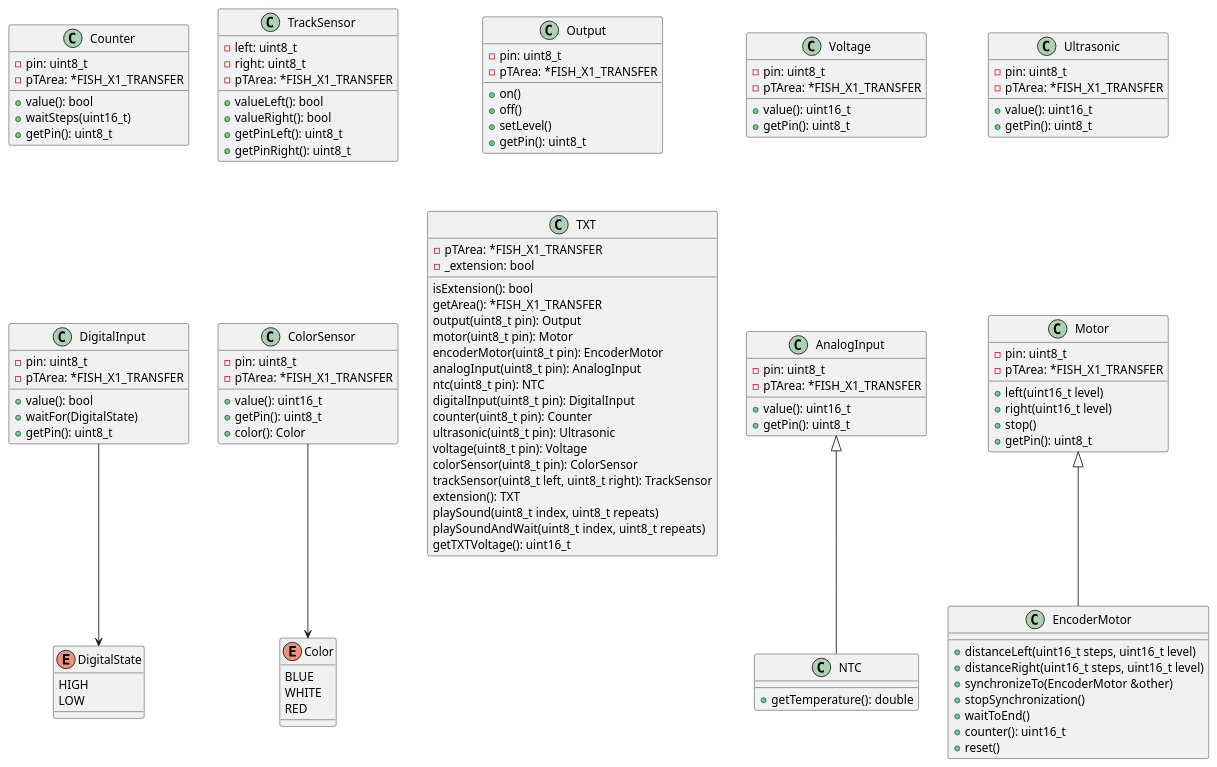
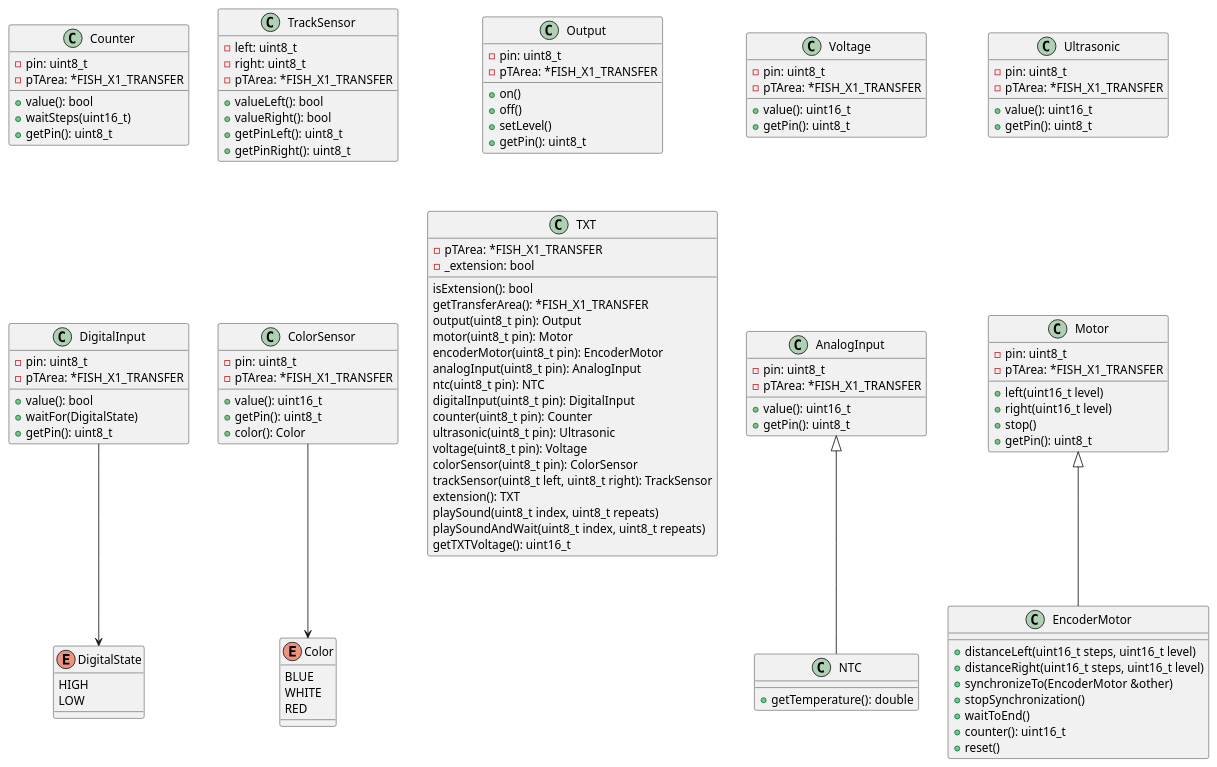
One commit to SchmidJoel/FischertechnikTXTApi changed the first of 2 diagrams in documentation/api.pu. Above: the diagram before and after it, drawn with PlantUML. The commit also changed 7 other files, not shown here.

Commit message:
modified gedArea() to getTransferArea()

```diff
--- a/documentation/api.pu
+++ b/documentation/api.pu
@@ -1,144 +1,144 @@
 @startuml low-level-api
 class Output {
     -pin: uint8_t
     -pTArea: *FISH_X1_TRANSFER
 
     +on()
     +off()
     +setLevel()
     +getPin(): uint8_t
 }
 
 class DigitalInput {
     -pin: uint8_t
     -pTArea: *FISH_X1_TRANSFER
 
     +value(): bool
     +waitFor(DigitalState)
     +getPin(): uint8_t
 }
 
 class Counter {
     -pin: uint8_t
     -pTArea: *FISH_X1_TRANSFER
 
     +value(): bool
     +waitSteps(uint16_t)
     +getPin(): uint8_t
 }
 
 class AnalogInput {
     -pin: uint8_t
     -pTArea: *FISH_X1_TRANSFER
 
     +value(): uint16_t
     +getPin(): uint8_t
 }
 
 class NTC {
     +getTemperature(): double
 }
 
 class Ultrasonic {
     -pin: uint8_t
     -pTArea: *FISH_X1_TRANSFER
 
     +value(): uint16_t
     +getPin(): uint8_t
 }
 
 class ColorSensor {
     -pin: uint8_t
     -pTArea: *FISH_X1_TRANSFER
 
     +value(): uint16_t
     +getPin(): uint8_t
     +color(): Color
 }
 
 class Voltage {
     -pin: uint8_t
     -pTArea: *FISH_X1_TRANSFER
 
     +value(): uint16_t
     +getPin(): uint8_t
 }
 
 class TrackSensor {
     -left: uint8_t
     -right: uint8_t
     -pTArea: *FISH_X1_TRANSFER
 
     +valueLeft(): bool
     +valueRight(): bool
     +getPinLeft(): uint8_t
     +getPinRight(): uint8_t
 }
 
 class Motor {
     -pin: uint8_t
     -pTArea: *FISH_X1_TRANSFER
 
     +left(uint16_t level)
     +right(uint16_t level)
     +stop()
     +getPin(): uint8_t
 }
 
 class EncoderMotor {
     +distanceLeft(uint16_t steps, uint16_t level)
     +distanceRight(uint16_t steps, uint16_t level)
     +synchronizeTo(EncoderMotor &other)
     +stopSynchronization()
     +waitToEnd()
     +counter(): uint16_t
     +reset()
 }
 
 class TXT {
     -pTArea: *FISH_X1_TRANSFER
     -_extension: bool
 
     isExtension(): bool
-    getArea(): *FISH_X1_TRANSFER
+    getTransferArea(): *FISH_X1_TRANSFER
     output(uint8_t pin): Output
     motor(uint8_t pin): Motor
     encoderMotor(uint8_t pin): EncoderMotor
     analogInput(uint8_t pin): AnalogInput
     ntc(uint8_t pin): NTC
     digitalInput(uint8_t pin): DigitalInput
     counter(uint8_t pin): Counter
     ultrasonic(uint8_t pin): Ultrasonic
     voltage(uint8_t pin): Voltage
     colorSensor(uint8_t pin): ColorSensor
     trackSensor(uint8_t left, uint8_t right): TrackSensor
     extension(): TXT
     playSound(uint8_t index, uint8_t repeats)
     playSoundAndWait(uint8_t index, uint8_t repeats)
     getTXTVoltage(): uint16_t
 }
 
 enum Color {
     BLUE
     WHITE
     RED
 }
 
 enum DigitalState {
     HIGH
     LOW
 }
 
 AnalogInput <|-- NTC
 Motor <|-- EncoderMotor
 
 ColorSensor --> Color
 DigitalInput --> DigitalState
 
 Voltage -[hidden]-> AnalogInput
 TrackSensor -[hidden]-> ColorSensor
 Counter -[hidden]-> DigitalInput
 Ultrasonic -[hidden]-> Motor
 Output -[hidden]-> TXT
 Counter -[hidden]> TrackSensor
 @enduml
```
